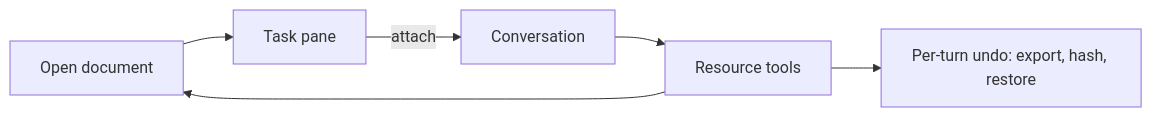
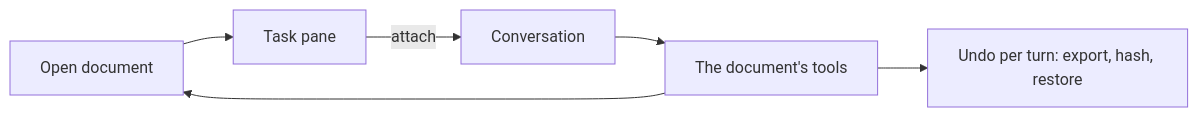
One commit to michaelatamuk/agentic-desk changed the first of 2 diagrams in company/openjiuwen/whats-new/whats-new-2026-11.md. Above: the diagram before and after it, drawn with Mermaid. The commit also changed other lines of this file and 6 other files, not shown here.

````diff
--- a/company/openjiuwen/whats-new/whats-new-2026-11.md
+++ b/company/openjiuwen/whats-new/whats-new-2026-11.md
@@ -150,8 +141,8 @@
 ```mermaid
 flowchart LR
     D[Open document] --> P[Task pane]
     P -->|attach| C[Conversation]
-    C --> T[Resource tools]
+    C --> T[The document's tools]
     T --> D
-    T --> U[Per-turn undo: export, hash, restore]
+    T --> U[Undo per turn: export, hash, restore]
 ```
````
